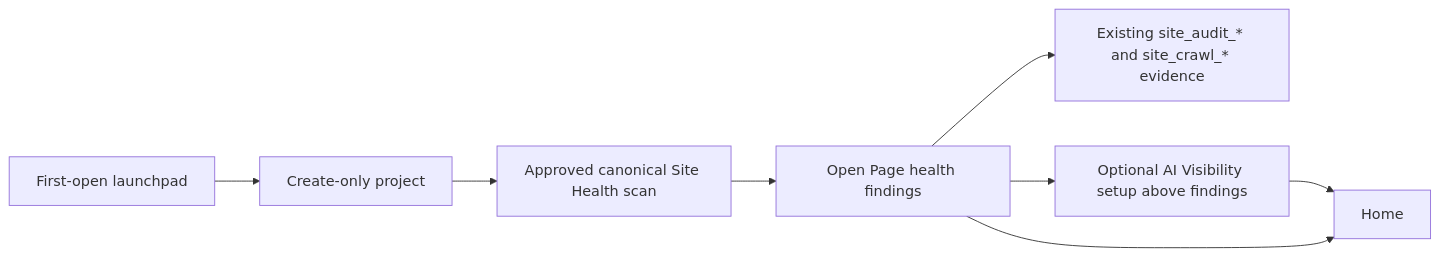
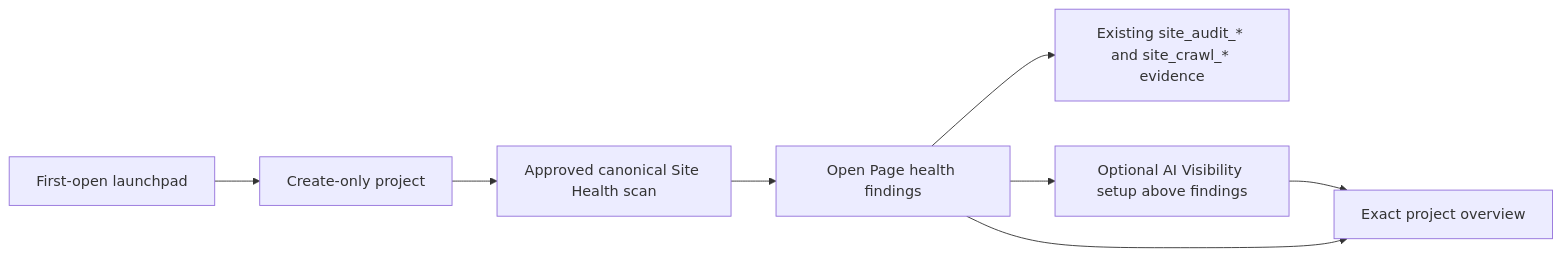
Before and after one commit to AINYC/canonry: the diagram in docs/oss-onboarding-evaluation.md, drawn with Mermaid. The commit also changed other lines of this file and 24 other files, not shown here.

````diff
--- a/docs/oss-onboarding-evaluation.md
+++ b/docs/oss-onboarding-evaluation.md
@@ -496,10 +504,10 @@
 ```mermaid
 flowchart LR
   L["First-open launchpad"] --> P["Create-only project"]
   P --> S["Approved canonical Site Health scan"]
   S --> F["Open Page health findings"]
   F --> D["Existing site_audit_* and site_crawl_* evidence"]
   F --> V["Optional AI Visibility setup above findings"]
-  V --> H["Home"]
+  V --> H["Exact project overview"]
   F --> H
 ```
````
